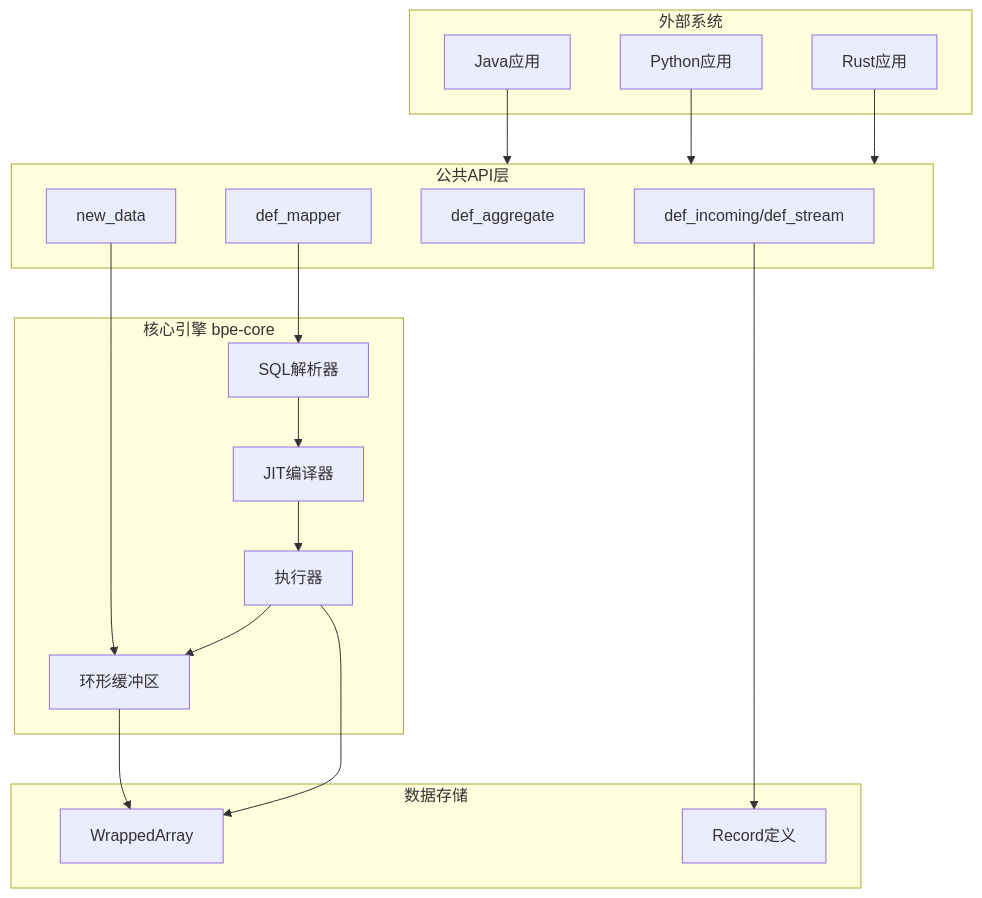
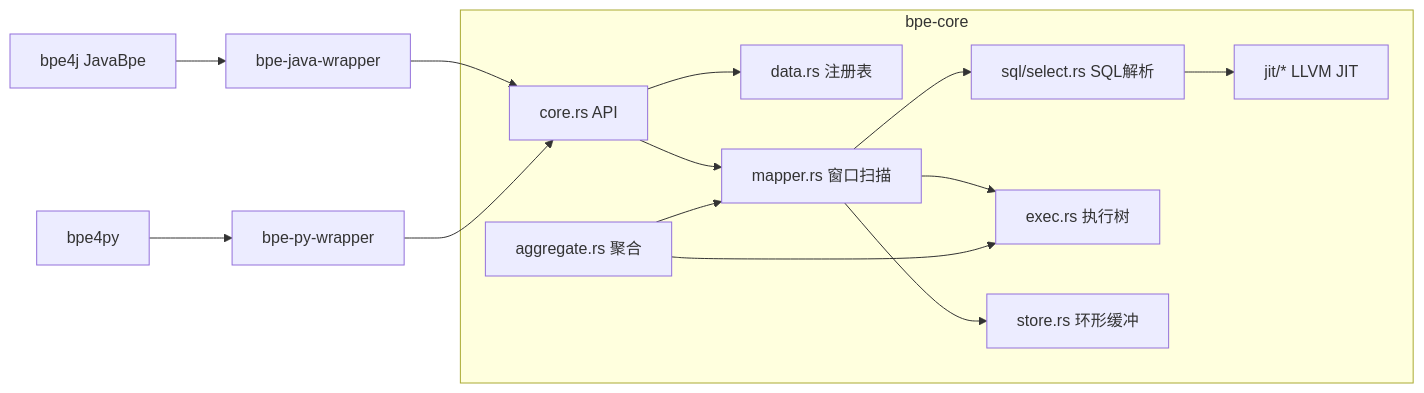
One commit to itcraft-cn/bpe changed the diagram in docs/deconstruct/global_design.md. Above: the diagram before and after it, drawn with Mermaid. The commit also changed other lines of this file and 14 other files, not shown here.

````diff
--- a/docs/deconstruct/global_design.md
+++ b/docs/deconstruct/global_design.md
@@ -27,37 +41,23 @@
 ```mermaid
-flowchart TB
-    subgraph External["外部系统"]
-        JAVA[Java应用]
-        PYTHON[Python应用]
-        RUST[Rust应用]
+flowchart LR
+    subgraph Rust["bpe-core"]
+        API[core.rs API]
+        DATA[data.rs 注册表]
+        SQL[sql/select.rs SQL解析]
+        JIT[jit/* LLVM JIT]
+        EXEC[exec.rs 执行树]
+        MAP[mapper.rs 窗口扫描]
+        AGG[aggregate.rs 聚合]
+        STORE[store.rs 环形缓冲]
+        API --> DATA
+        API --> MAP
+        MAP --> SQL
+        SQL --> JIT
+        MAP --> EXEC
+        AGG --> EXEC
+        MAP --> STORE
+        AGG --> MAP
     end
-    
-    subgraph API["公共API层"]
-        DEF[def_incoming/def_stream]
-        MAP[def_mapper]
-        AGG[def_aggregate]
-        NEW[new_data]
-    end
-    
-    subgraph Core["核心引擎 bpe-core"]
-        SQL[SQL解析器]
-        JIT[JIT编译器]
-        STORE[环形缓冲区]
-        EXEC[执行器]
-    end
-    
-    subgraph Storage["数据存储"]
-        BUF[WrappedArray]
-        REC[Record定义]
-    end
-    
-    JAVA --> API
-    PYTHON --> API
-    RUST --> API
-    
-    DEF --> REC
-    MAP --> SQL --> JIT --> EXEC
-    NEW --> STORE --> BUF
-    EXEC --> BUF
-    EXEC --> STORE
+    JAVABPE[bpe4j JavaBpe] --> JNI[bpe-java-wrapper] --> API
+    PY[bpe4py] --> PYO3[bpe-py-wrapper] --> API
 ```
````
